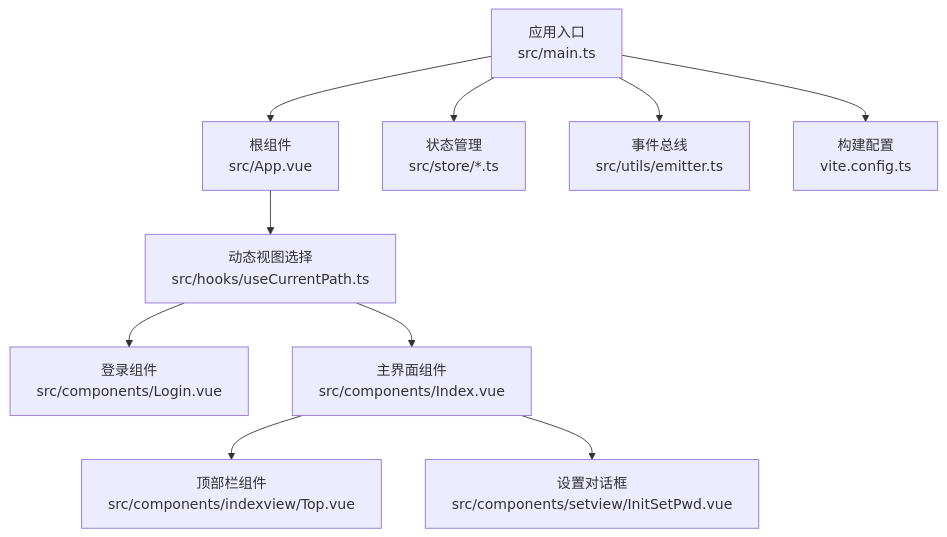
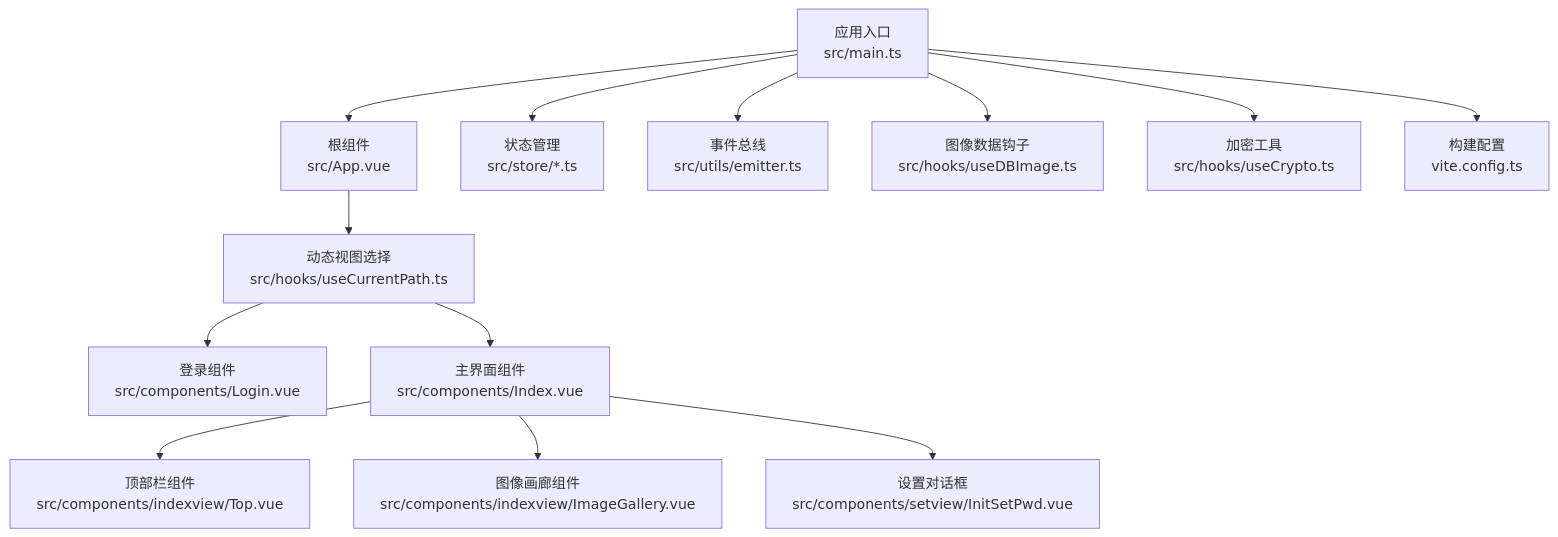
The first of 8 diagrams in .qoder/repowiki/zh/content/架构设计/前端Vue架构设计.md (scgithub3220216/password-manager), drawn with Mermaid before and after one commit. The commit also changed other lines of this file and 9 other files, not shown here.

First line of the commit message:
feat(sync): 新增图像数据同步支持

````diff
--- a/.qoder/repowiki/zh/content/架构设计/前端Vue架构设计.md
+++ b/.qoder/repowiki/zh/content/架构设计/前端Vue架构设计.md
@@ -47,12 +57,15 @@
 ```mermaid
 graph TB
 A["应用入口<br/>src/main.ts"] --> B["根组件<br/>src/App.vue"]
 B --> C["动态视图选择<br/>src/hooks/useCurrentPath.ts"]
 C --> D["登录组件<br/>src/components/Login.vue"]
 C --> E["主界面组件<br/>src/components/Index.vue"]
 E --> F["顶部栏组件<br/>src/components/indexview/Top.vue"]
-E --> G["设置对话框<br/>src/components/setview/InitSetPwd.vue"]
-A --> H["状态管理<br/>src/store/*.ts"]
-A --> I["事件总线<br/>src/utils/emitter.ts"]
-A --> J["构建配置<br/>vite.config.ts"]
+E --> G["图像画廊组件<br/>src/components/indexview/ImageGallery.vue"]
+E --> H["设置对话框<br/>src/components/setview/InitSetPwd.vue"]
+A --> I["状态管理<br/>src/store/*.ts"]
+A --> J["事件总线<br/>src/utils/emitter.ts"]
+A --> K["图像数据钩子<br/>src/hooks/useDBImage.ts"]
+A --> L["加密工具<br/>src/hooks/useCrypto.ts"]
+A --> M["构建配置<br/>vite.config.ts"]
 ```
````
